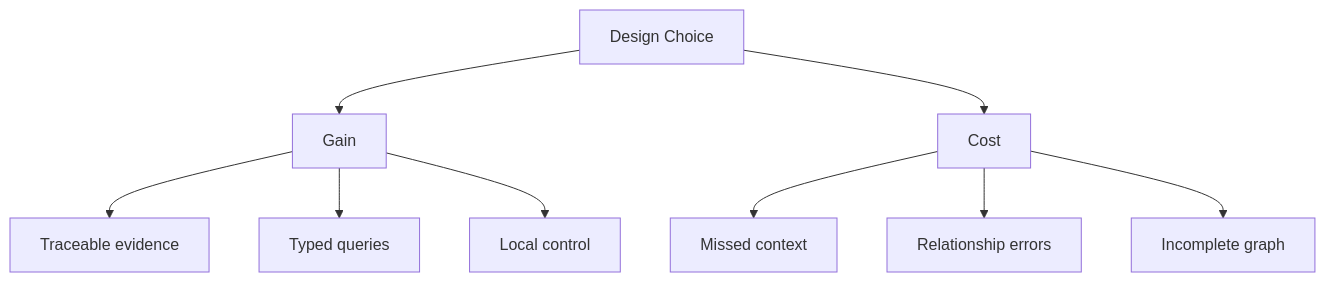
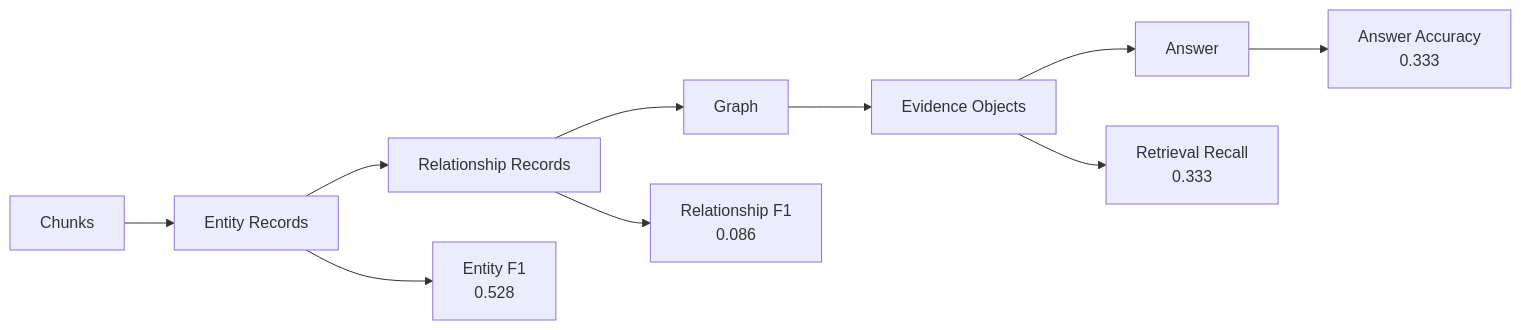
Diagram 11 of 12 in docs/capstone_presentation.md (anthonylitwin/med-graph-rag), drawn with Mermaid before and after one commit. The commit also changed other lines of this file, not shown here.

````diff
--- a/docs/capstone_presentation.md
+++ b/docs/capstone_presentation.md
@@ -484,13 +553,13 @@
 ```mermaid
-flowchart TB
-    A["Design Choice"] --> B["Gain"]
-    A --> C["Cost"]
+flowchart LR
+    A["Chunks"] --> B["Entity Records"]
+    B --> C["Relationship Records"]
+    C --> D["Graph"]
+    D --> E["Evidence Objects"]
+    E --> F["Answer"]
 
-    B --> D["Traceable evidence"]
-    B --> E["Typed queries"]
-    B --> F["Local control"]
-
-    C --> G["Missed context"]
-    C --> H["Relationship errors"]
-    C --> I["Incomplete graph"]
+    B --> G["Entity F1<br/>0.528"]
+    C --> H["Relationship F1<br/>0.086"]
+    E --> I["Retrieval Recall<br/>0.333"]
+    F --> J["Answer Accuracy<br/>0.333"]
 ```
````
